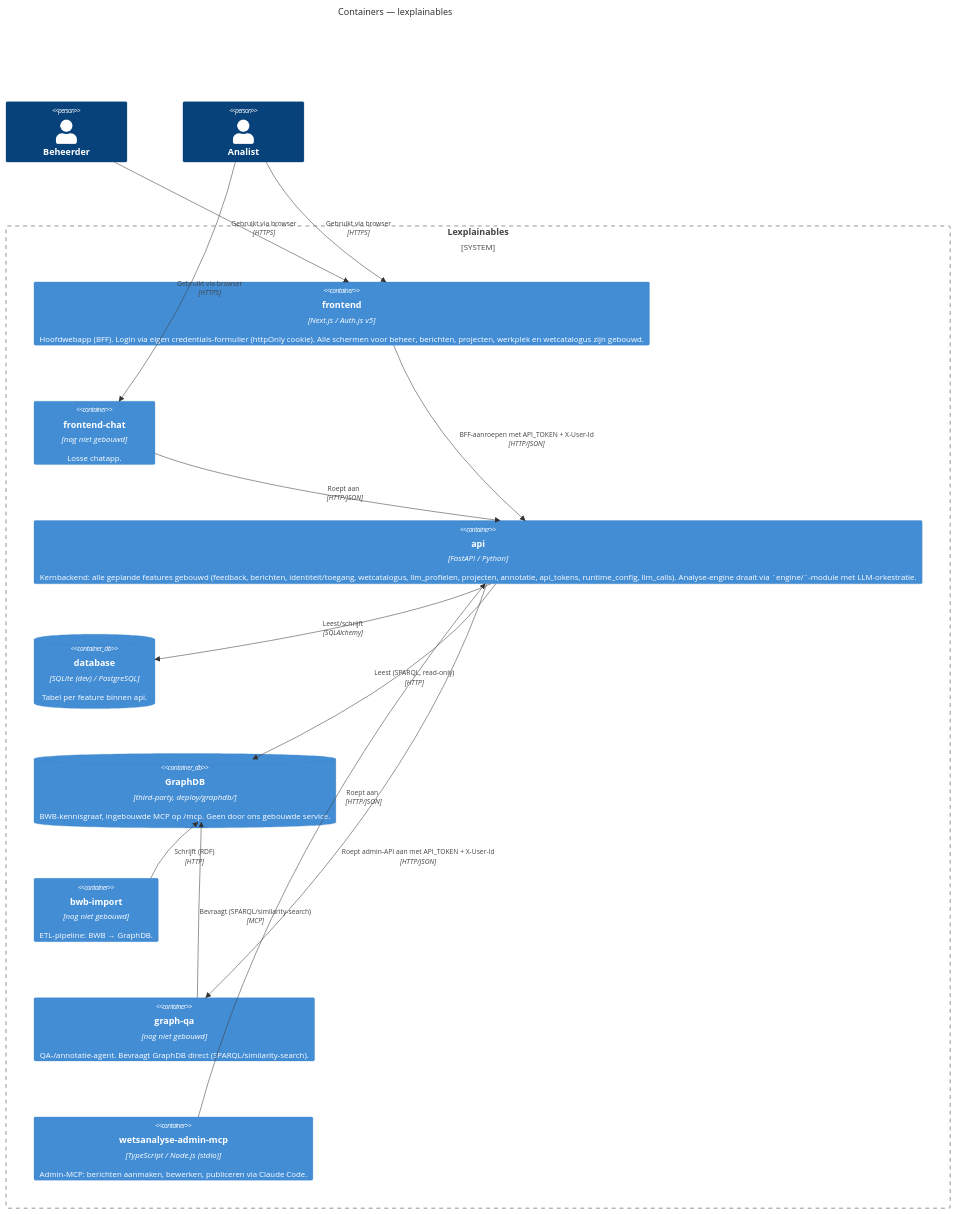
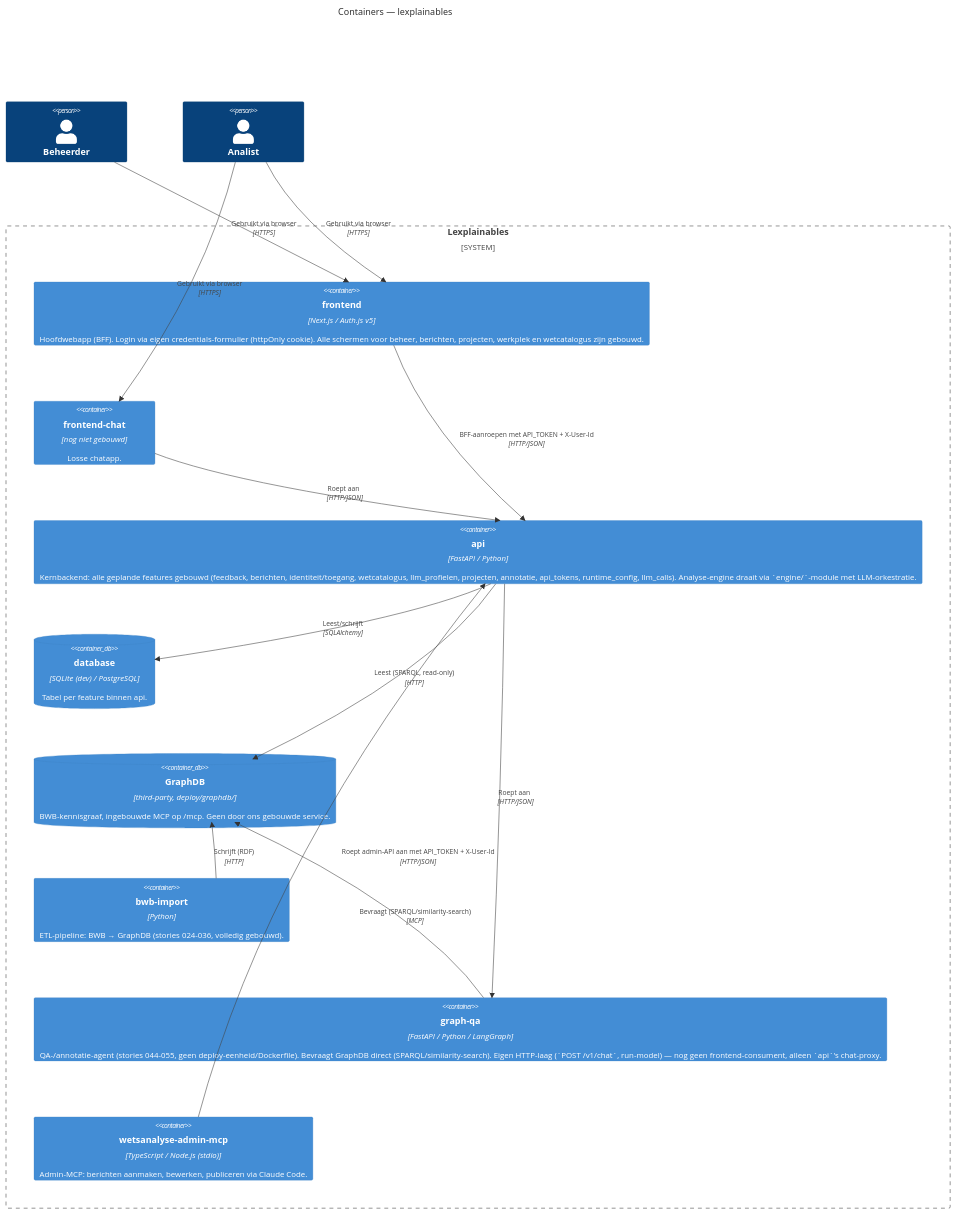
One commit to jaas0000/lexplainables changed the second of 5 diagrams in docs/project/architectuur/c4-model.md. Above: the diagram before and after it, drawn with Mermaid. The commit also changed other lines of this file and 1 other file, not shown here.

First line of the commit message:
docs: roadmap-prose bijwerken na story 055 (api chat-proxy) + C4-model-drift gecorrigeerd

````diff
--- a/docs/project/architectuur/c4-model.md
+++ b/docs/project/architectuur/c4-model.md
@@ -40,30 +40,30 @@
 ```mermaid
 C4Container
   title Containers — lexplainables
 
   Person(beheerder, "Beheerder")
   Person(analist, "Analist")
 
   System_Boundary(wetsanalyse, "Lexplainables") {
     Container(frontend, "frontend", "Next.js / Auth.js v5", "Hoofdwebapp (BFF). Login via eigen credentials-formulier (httpOnly cookie). Alle schermen voor beheer, berichten, projecten, werkplek en wetcatalogus zijn gebouwd.")
     Container(frontend_chat, "frontend-chat", "nog niet gebouwd", "Losse chatapp.")
     Container(api, "api", "FastAPI / Python", "Kernbackend: alle geplande features gebouwd (feedback, berichten, identiteit/toegang, wetcatalogus, llm_profielen, projecten, annotatie, api_tokens, runtime_config, llm_calls). Analyse-engine draait via `engine/`-module met LLM-orkestratie.")
     ContainerDb(db, "database", "SQLite (dev) / PostgreSQL", "Tabel per feature binnen api.")
     ContainerDb(graphdb, "GraphDB", "third-party, deploy/graphdb/", "BWB-kennisgraaf, ingebouwde MCP op /mcp. Geen door ons gebouwde service.")
-    Container(bwb_import, "bwb-import", "nog niet gebouwd", "ETL-pipeline: BWB → GraphDB.")
-    Container(graph_qa, "graph-qa", "nog niet gebouwd", "QA-/annotatie-agent. Bevraagt GraphDB direct (SPARQL/similarity-search).")
+    Container(bwb_import, "bwb-import", "Python", "ETL-pipeline: BWB → GraphDB (stories 024-036, volledig gebouwd).")
+    Container(graph_qa, "graph-qa", "FastAPI / Python / LangGraph", "QA-/annotatie-agent (stories 044-055, geen deploy-eenheid/Dockerfile). Bevraagt GraphDB direct (SPARQL/similarity-search). Eigen HTTP-laag (`POST /v1/chat`, run-model) — nog geen frontend-consument, alleen `api`'s chat-proxy.")
     Container(admin_mcp, "wetsanalyse-admin-mcp", "TypeScript / Node.js (stdio)", "Admin-MCP: berichten aanmaken, bewerken, publiceren via Claude Code.")
   }
 
   Rel(beheerder, frontend, "Gebruikt via browser", "HTTPS")
   Rel(analist, frontend, "Gebruikt via browser", "HTTPS")
   Rel(analist, frontend_chat, "Gebruikt via browser", "HTTPS")
   Rel(frontend, api, "BFF-aanroepen met API_TOKEN + X-User-Id", "HTTP/JSON")
   Rel(frontend_chat, api, "Roept aan", "HTTP/JSON")
   Rel(api, db, "Leest/schrijft", "SQLAlchemy")
   Rel(api, graphdb, "Leest (SPARQL, read-only)", "HTTP")
   Rel(bwb_import, graphdb, "Schrijft (RDF)", "HTTP")
   Rel(graph_qa, graphdb, "Bevraagt (SPARQL/similarity-search)", "MCP")
   Rel(api, graph_qa, "Roept aan", "HTTP/JSON")
   Rel(admin_mcp, api, "Roept admin-API aan met API_TOKEN + X-User-Id", "HTTP/JSON")
 ```
````
